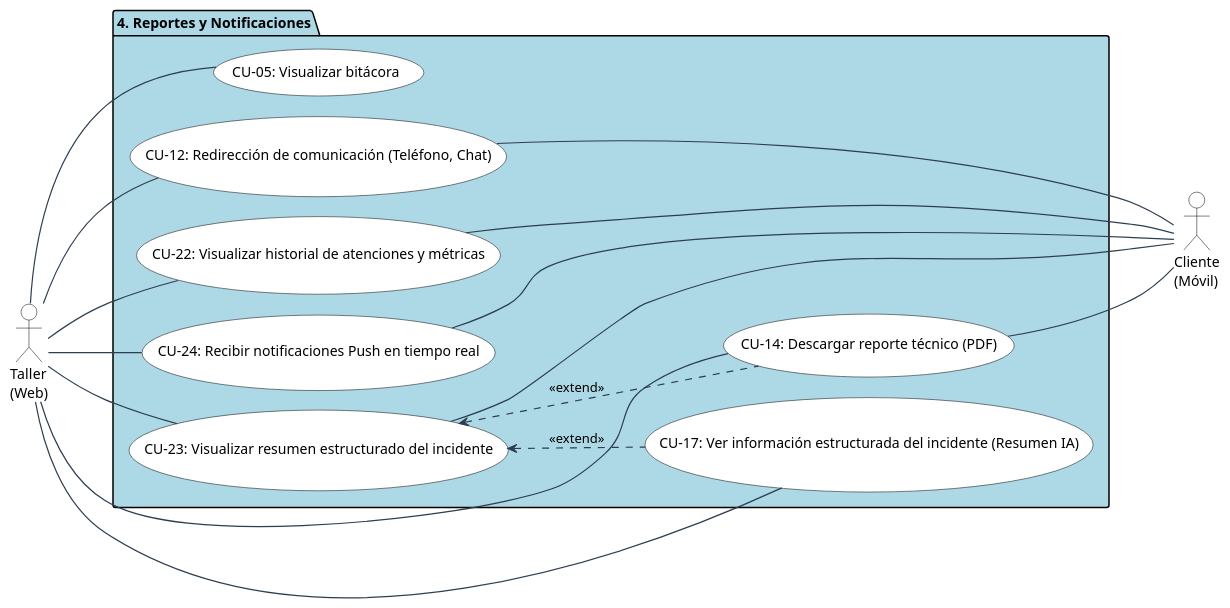
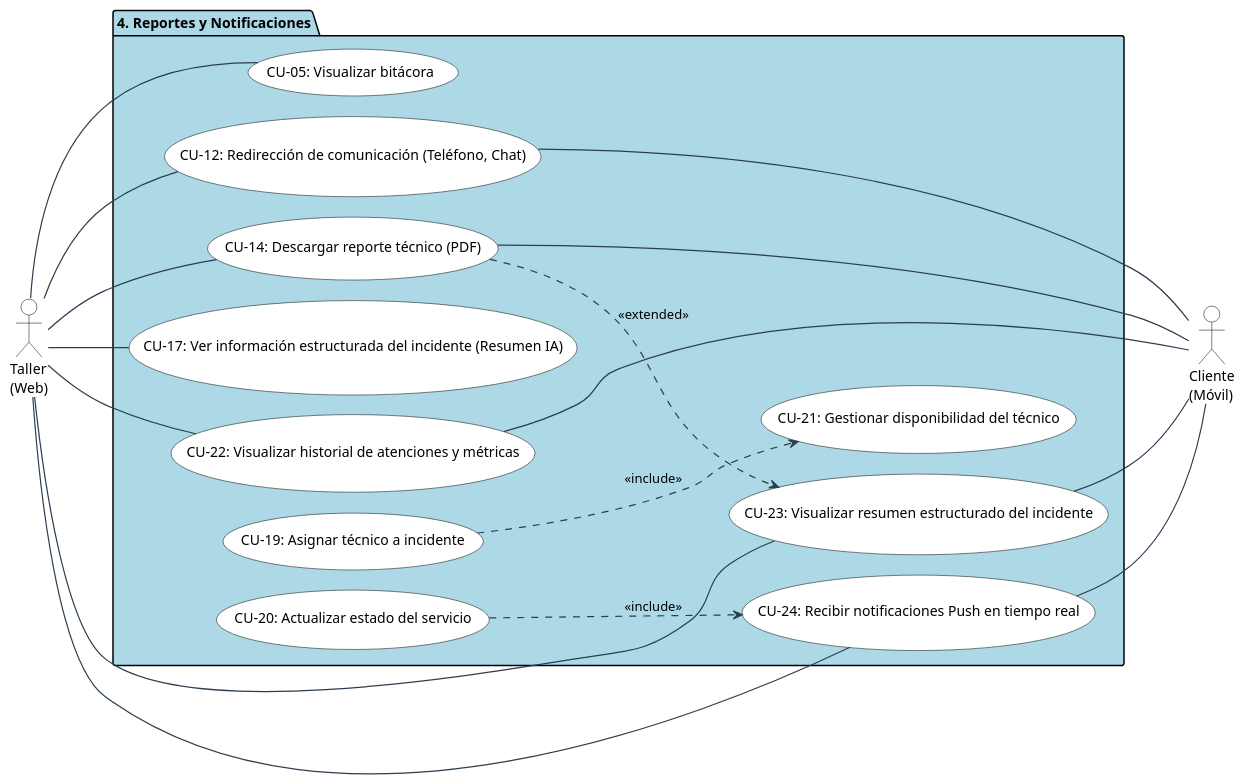
Before and after one commit to iAngie28/emergencia.vehicular: the diagram in uml/arquitectura_sistema/Encap_paq_4.puml, drawn with PlantUML. The commit also changed 147 other files, not shown here.

```diff
--- a/uml/arquitectura_sistema/Encap_paq_4.puml
+++ b/uml/arquitectura_sistema/Encap_paq_4.puml
@@ -1,55 +1,60 @@
 @startuml
 left to right direction
 
 skinparam shadowing false
 skinparam packageStyle strictuml
 skinparam nodesep 20
 skinparam ranksep 80
 
 skinparam usecase {
   BackgroundColor White
   BorderColor Black
 }
 skinparam actor {
   BackgroundColor White
   BorderColor Black
 }
 skinparam arrow {
   Color #2c3e50
   Thickness 1.2
 }
 
 actor "Taller\n(Web)" as Taller
 actor "Cliente\n(Móvil)" as Cliente
 
 package "4. Reportes y Notificaciones" #LightBlue {
     usecase "CU-05: Visualizar bitácora" as CU5
     usecase "CU-12: Redirección de comunicación (Teléfono, Chat)" as CU12
     usecase "CU-14: Descargar reporte técnico (PDF)" as CU14
     usecase "CU-17: Ver información estructurada del incidente (Resumen IA)" as CU17
     usecase "CU-22: Visualizar historial de atenciones y métricas" as CU22
     usecase "CU-23: Visualizar resumen estructurado del incidente" as CU23
     usecase "CU-24: Recibir notificaciones Push en tiempo real" as CU24
 
     ' Relaciones de dependencia UML 2.5
-    CU23 <.. CU14 : <<extend>>
-    CU23 <.. CU17 : <<extend>>
+   usecase "CU-19: Asignar técnico a incidente" as CU19
+   usecase "CU-20: Actualizar estado del servicio" as CU20
+   usecase "CU-21: Gestionar disponibilidad del técnico" as CU21
+
+    CU14  ..>  CU23 : <<extended>>
+    CU19 ..> CU21 : <<include>>
+    CU20 ..> CU24 : <<include>>
 }
 
 ' Relaciones del Taller
 Taller -- CU5
 Taller -- CU12
 Taller -- CU14
 Taller -- CU17
 Taller -- CU22
 Taller -- CU23
 Taller -- CU24
 
 ' Relaciones del Cliente
 CU12 -- Cliente
 CU14 -- Cliente
 CU22 -- Cliente
 CU23 -- Cliente
 CU24 -- Cliente
 
 @enduml
```
